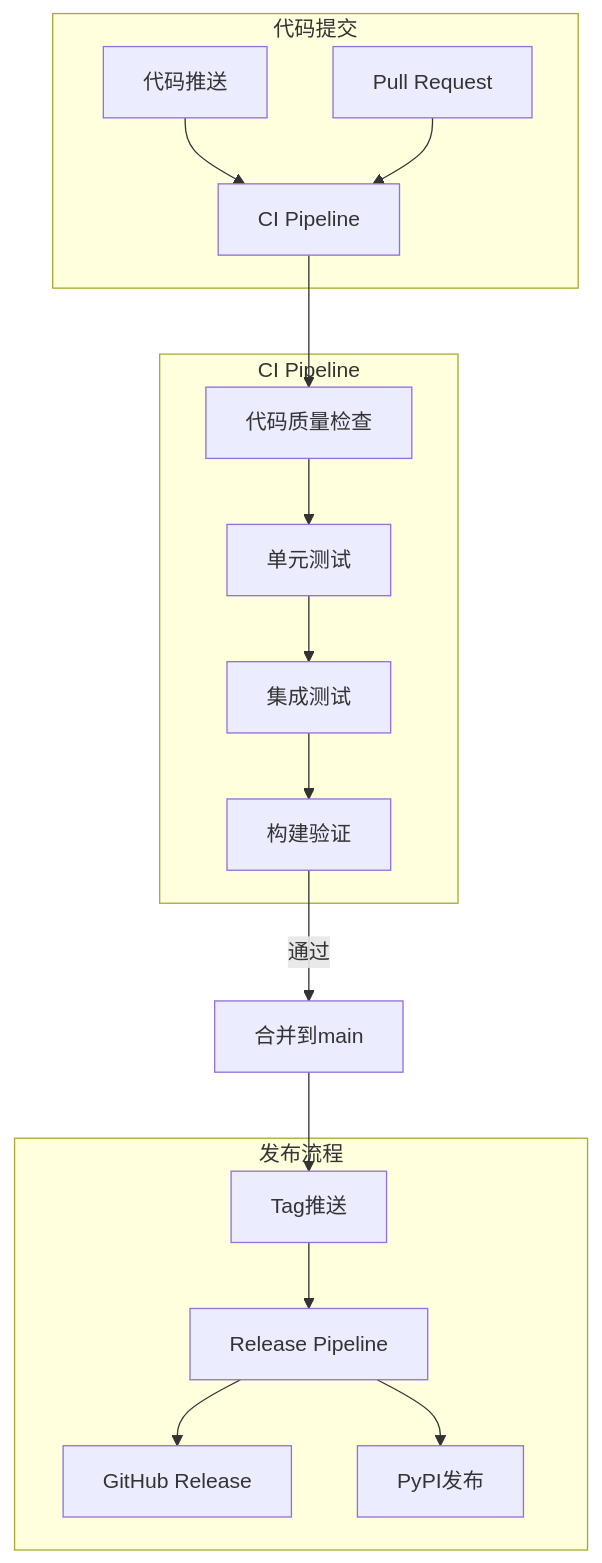
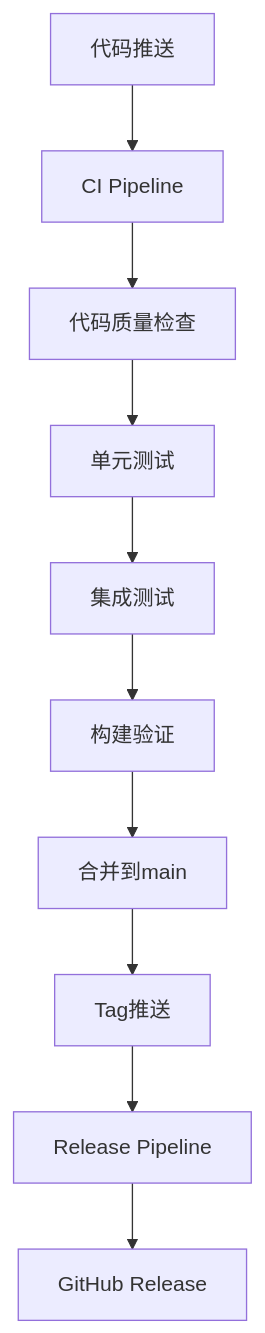
One commit to yecllsl/nanobot-runner changed the third of 3 diagrams in docs/current/architecture/架构设计说明书.md. Above: the diagram before and after it, drawn with Mermaid. The commit also changed other lines of this file and 11 other files, not shown here.

````diff
--- a/docs/current/architecture/架构设计说明书.md
+++ b/docs/current/architecture/架构设计说明书.md
@@ -433,23 +217,12 @@
 ```mermaid
 graph TB
-    subgraph "代码提交"
-        A[代码推送] --> B[CI Pipeline]
-        C[Pull Request] --> B
-    end
-    
-    subgraph "CI Pipeline"
-        B --> D[代码质量检查]
-        D --> E[单元测试]
-        E --> F[集成测试]
-        F --> G[构建验证]
-    end
-    
-    subgraph "发布流程"
-        H[Tag推送] --> I[Release Pipeline]
-        I --> J[GitHub Release]
-        I --> K[PyPI发布]
-    end
-    
-    G -->|通过| L[合并到main]
-    L --> H
+    A[代码推送] --> B[CI Pipeline]
+    B --> D[代码质量检查]
+    D --> E[单元测试]
+    E --> F[集成测试]
+    F --> G[构建验证]
+    G --> L[合并到main]
+    L --> H[Tag推送]
+    H --> I[Release Pipeline]
+    I --> J[GitHub Release]
 ```
````
